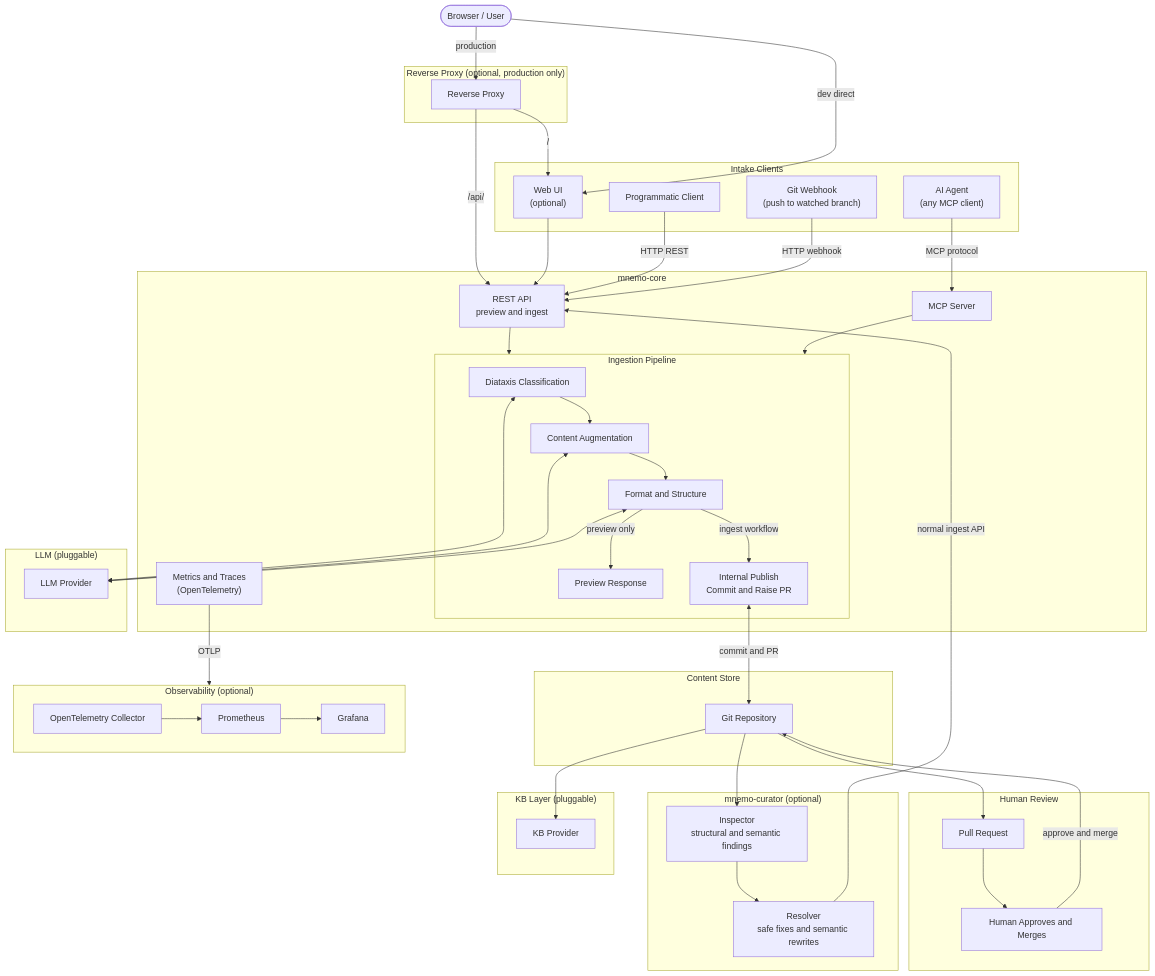
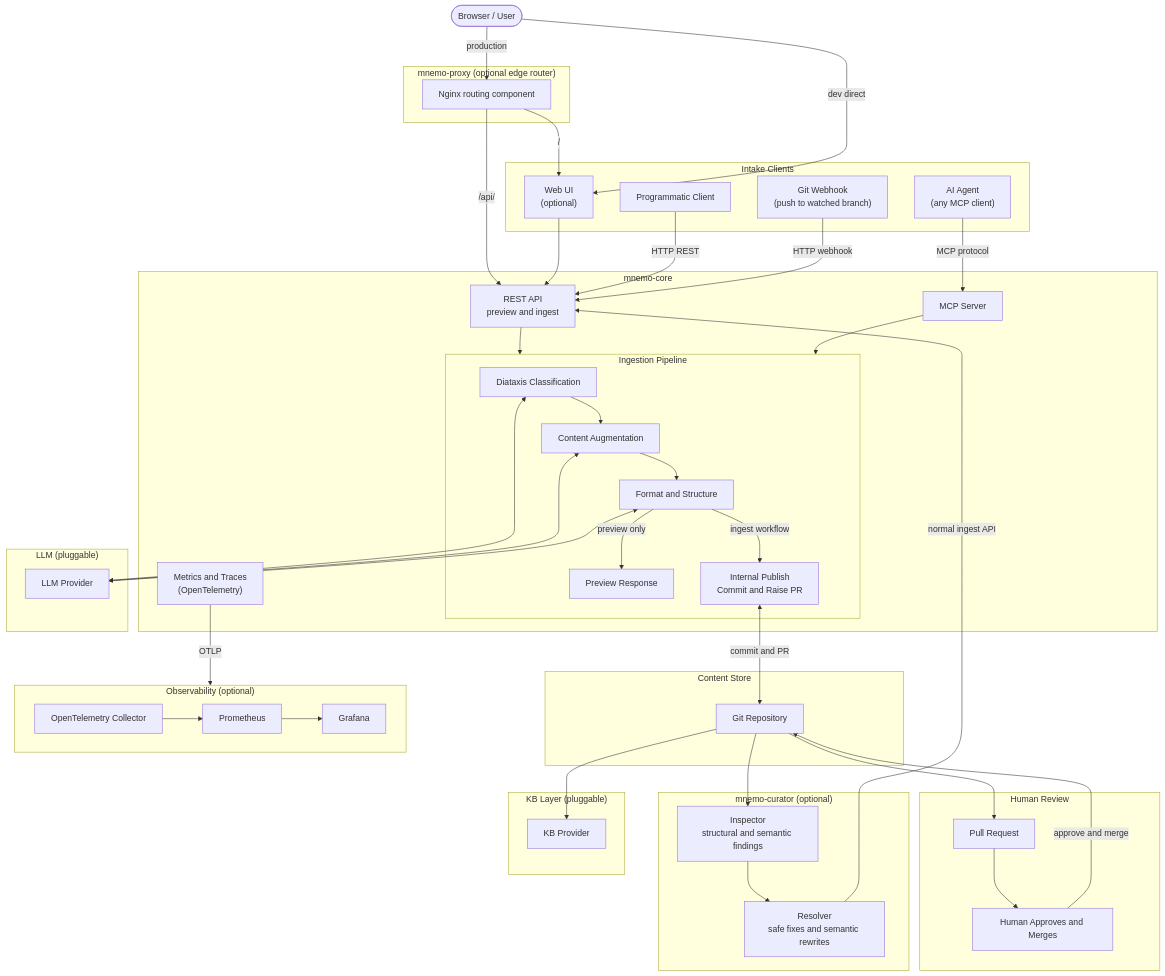
One commit to pabooth/mnemosyne changed the diagram in docs/ARCHITECTURE.md. Above: the diagram before and after it, drawn with Mermaid. The commit also changed other lines of this file and 16 other files, not shown here.

```diff
--- a/docs/ARCHITECTURE.md
+++ b/docs/ARCHITECTURE.md
@@ -17,8 +17,8 @@
         GIT_WEBHOOK["Git Webhook\n(push to watched branch)"]
     end
 
-    subgraph PROXY["Reverse Proxy (optional, production only)"]
-        RP["Reverse Proxy"]
+    subgraph PROXY["mnemo-proxy (optional edge router)"]
+        RP["Nginx routing component"]
     end
 
     subgraph CORE["mnemo-core"]
```
